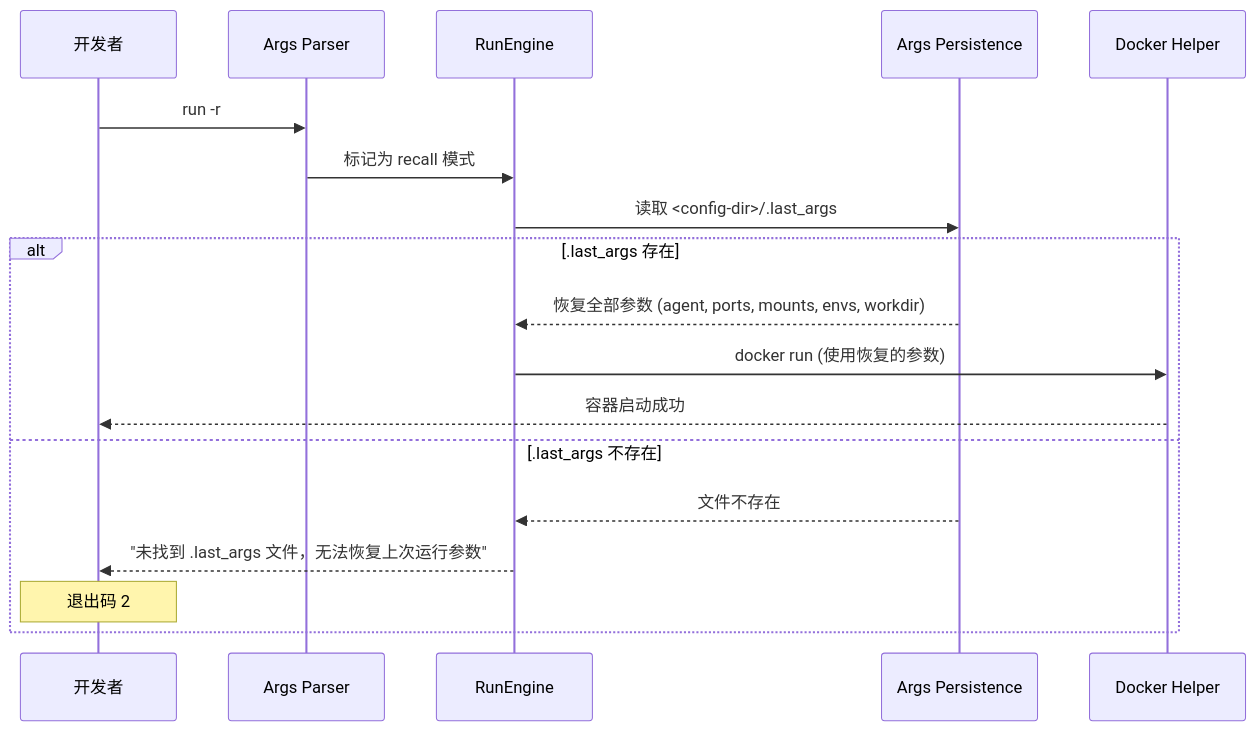
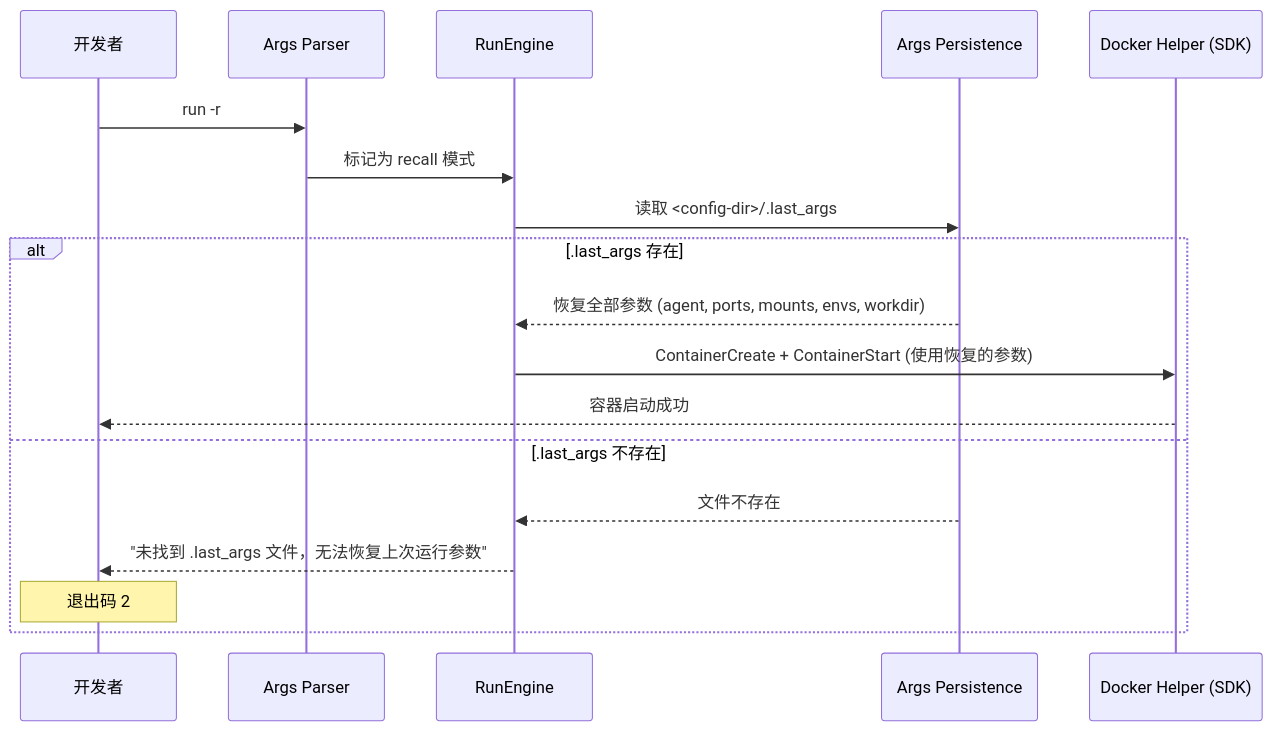
Before and after one commit to bianc2018/AgentForge: the tenth of 23 diagrams in docs/features/agent-forge/design.md, drawn with Mermaid. The commit also changed other lines of this file, not shown here.

First line of the commit message:
refactor: 设计文档 Docker CLI 全面迁移至 Docker SDK

````diff
--- a/docs/features/agent-forge/design.md
+++ b/docs/features/agent-forge/design.md
@@ -833,21 +828,21 @@
 ```mermaid
 sequenceDiagram
     participant Dev as 开发者
     participant Args as Args Parser
     participant RE as RunEngine
     participant AP as Args Persistence
-    participant DH as Docker Helper
+    participant DH as Docker Helper (SDK)
 
     Dev->>Args: run -r
     Args->>RE: 标记为 recall 模式
     RE->>AP: 读取 <config-dir>/.last_args
     alt .last_args 存在
         AP-->>RE: 恢复全部参数 (agent, ports, mounts, envs, workdir)
-        RE->>DH: docker run (使用恢复的参数)
+        RE->>DH: ContainerCreate + ContainerStart (使用恢复的参数)
         DH-->>Dev: 容器启动成功
     else .last_args 不存在
         AP-->>RE: 文件不存在
         RE-->>Dev: "未找到 .last_args 文件，无法恢复上次运行参数"
         Note over Dev: 退出码 2
     end
 ```
````
